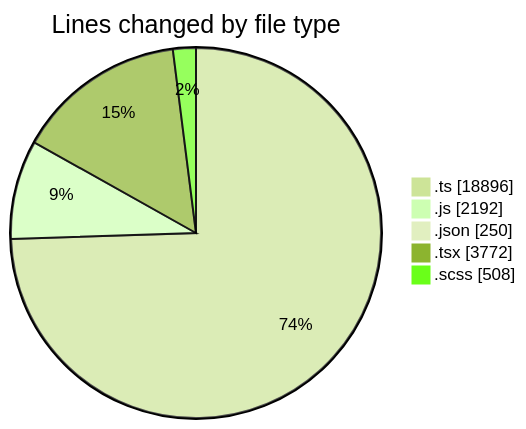
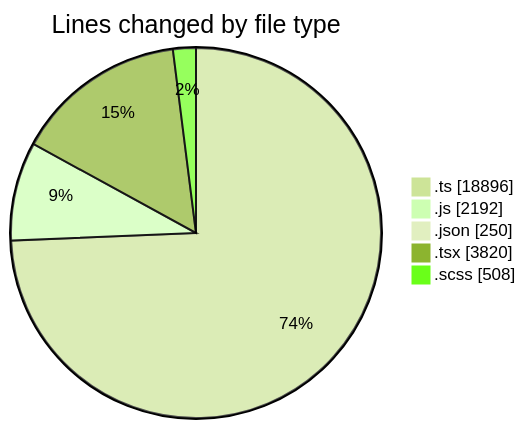
One commit to momahboobian/code-tracking changed the first of 2 diagrams in 2026-06-18/cda/README.md. Above: the diagram before and after it, drawn with Mermaid (forest theme). The commit also changed other lines of this file and 1 other file, not shown here.

````diff
--- a/2026-06-18/cda/README.md
+++ b/2026-06-18/cda/README.md
@@ -70,9 +70,9 @@
 ```mermaid
 pie showData
 title Lines changed by file type
 ".ts" : 18896
 ".js" : 2192
 ".json" : 250
-".tsx" : 3772
+".tsx" : 3820
 ".scss" : 508
 ```
````
